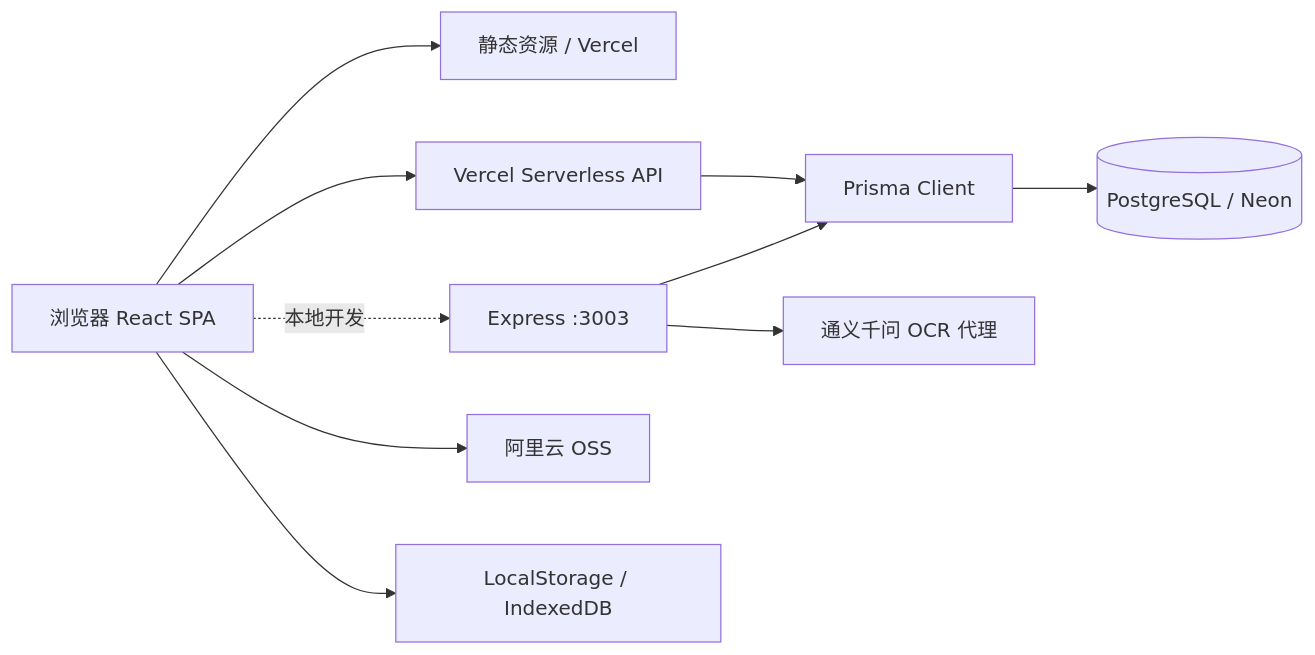
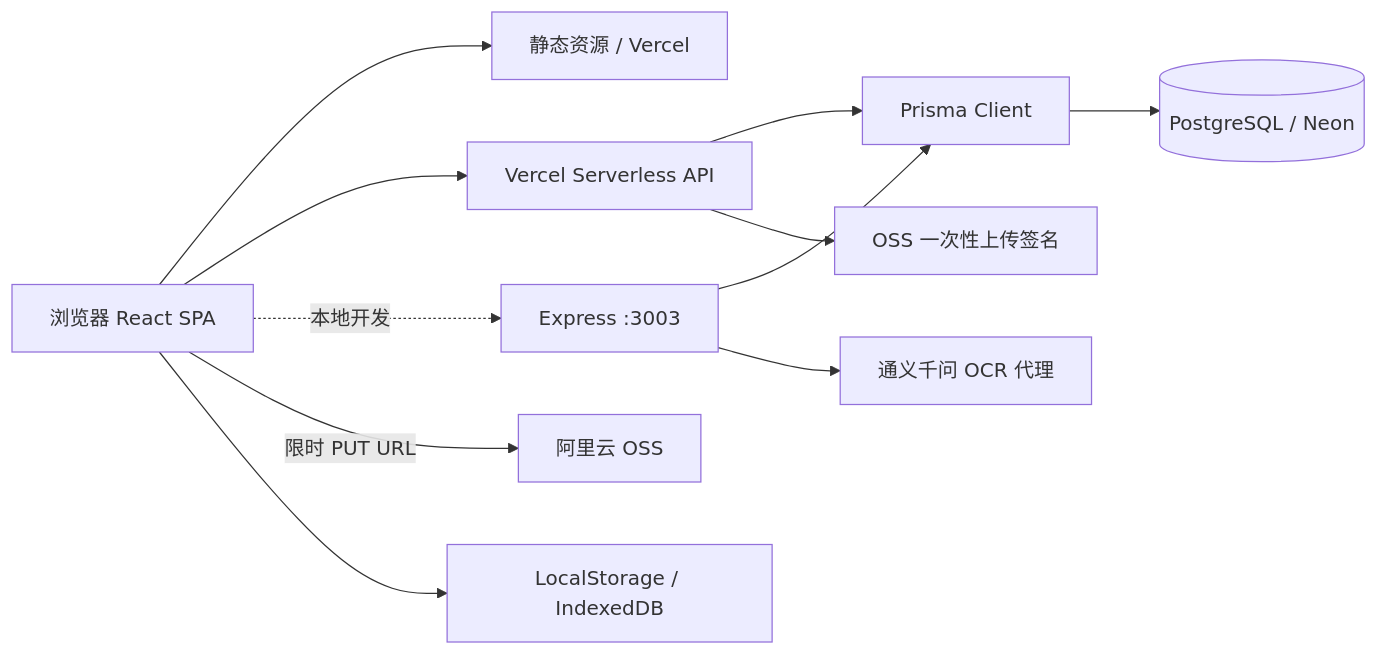
The diagram in README.md (yipengmu/family_tree), drawn with Mermaid before and after one commit. The commit also changed other lines of this file and 47 other files, not shown here.

````diff
--- a/README.md
+++ b/README.md
@@ -32,12 +35,13 @@
 ```mermaid
 flowchart LR
   U[浏览器 React SPA] --> V[静态资源 / Vercel]
   U --> A[Vercel Serverless API]
   U -.本地开发.-> E[Express :3003]
   A --> P[Prisma Client]
   P --> D[(PostgreSQL / Neon)]
   E --> P
   E --> Q[通义千问 OCR 代理]
-  U --> O[阿里云 OSS]
+  A --> S[OSS 一次性上传签名]
+  U -->|限时 PUT URL| O[阿里云 OSS]
   U --> C[LocalStorage / IndexedDB]
 ```
````
